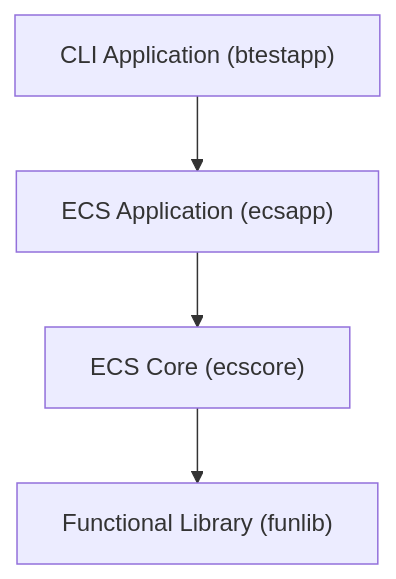
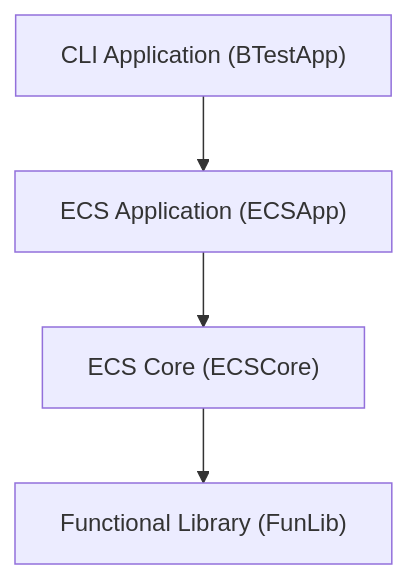
One commit to FoxLightning/btest changed the first of 3 diagrams in Documentation/Architecture.md. Above: the diagram before and after it, drawn with Mermaid.

````diff
--- a/Documentation/Architecture.md
+++ b/Documentation/Architecture.md
@@ -6,13 +6,13 @@
 ```mermaid
 flowchart TD
 
 %% Entities
-    CLIApp["CLI Application (btestapp)"]
-    ECSCore["ECS Core (ecscore)"]
-    ECSApp["ECS Application (ecsapp)"]
-    FunLib["Functional Library (funlib)"]
+    CLIApp["CLI Application (BTestApp)"]
+    ECSCore["ECS Core (ECSCore)"]
+    ECSApp["ECS Application (ECSApp)"]
+    FunLib["Functional Library (FunLib)"]
 %% Relations
     ECSApp --> ECSCore;
     CLIApp --> ECSApp;
     ECSCore --> FunLib;
 ```
````
